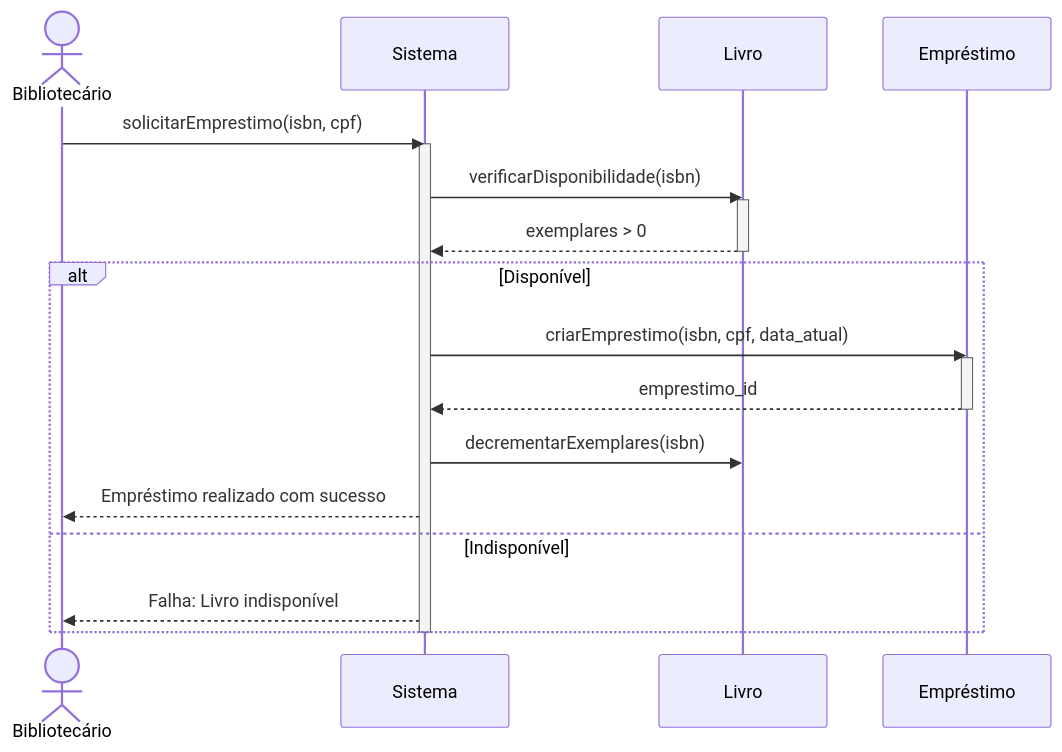
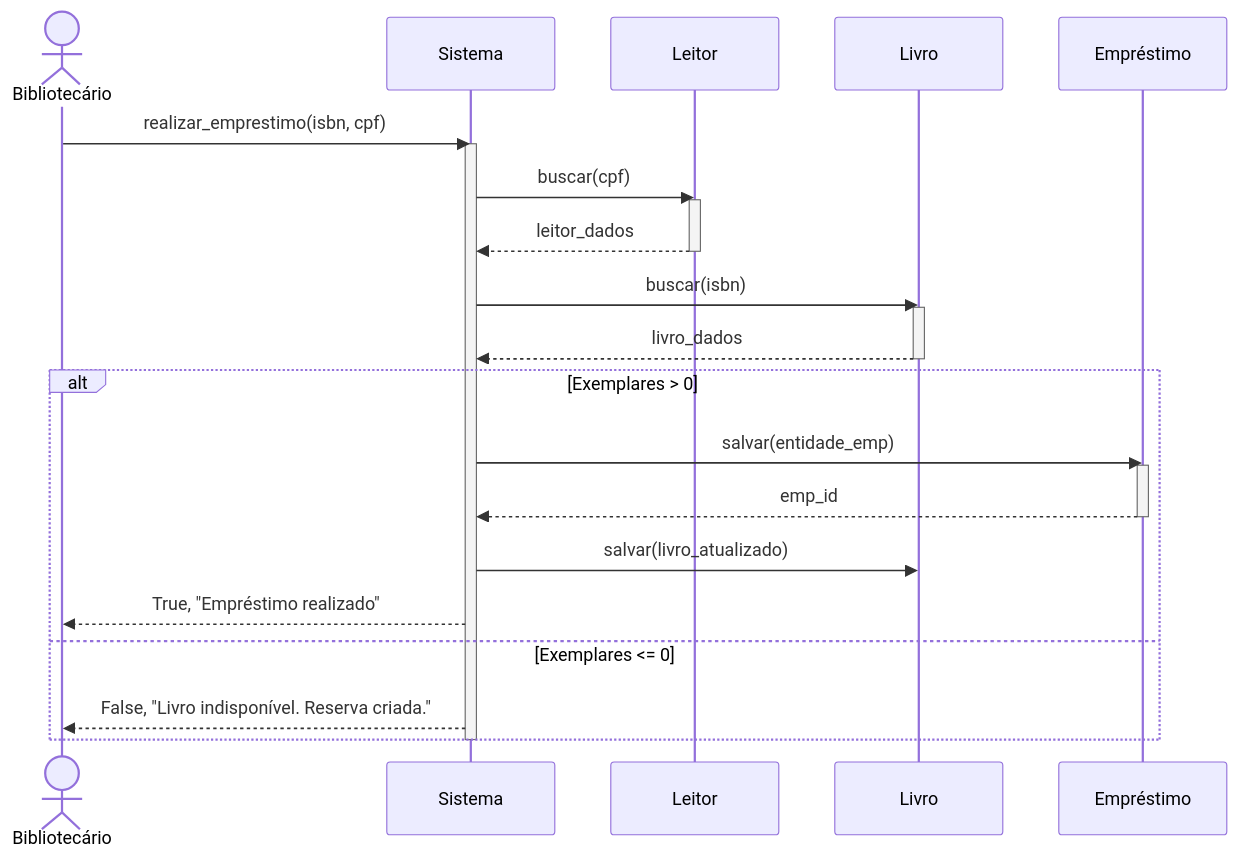
The second of 3 diagrams in modelagem-uml.md (lucasmzzz/es1-pratica-avaliada-2), drawn with Mermaid before and after one commit. The commit also changed other lines of this file, not shown here.

Commit message:
fix: limpa formatacao do analise-design e corrige cardinalidade do UML

````diff
--- a/modelagem-uml.md
+++ b/modelagem-uml.md
@@ -74,26 +74,33 @@
 ```mermaid
 sequenceDiagram
     actor B as Bibliotecário
     participant S as Sistema
-    participant L as Livro
+    participant L as Leitor
+    participant V as Livro
     participant E as Empréstimo
     
-    B->>S: solicitarEmprestimo(isbn, cpf)
+    B->>S: realizar_emprestimo(isbn, cpf)
     activate S
-    S->>L: verificarDisponibilidade(isbn)
+    
+    S->>L: buscar(cpf)
     activate L
-    L-->>S: exemplares > 0
+    L-->>S: leitor_dados
     deactivate L
     
-    alt Disponível
-        S->>E: criarEmprestimo(isbn, cpf, data_atual)
+    S->>V: buscar(isbn)
+    activate V
+    V-->>S: livro_dados
+    deactivate V
+    
+    alt Exemplares > 0
+        S->>E: salvar(entidade_emp)
         activate E
-        E-->>S: emprestimo_id
+        E-->>S: emp_id
         deactivate E
-        S->>L: decrementarExemplares(isbn)
-        S-->>B: Empréstimo realizado com sucesso
-    else Indisponível
-        S-->>B: Falha: Livro indisponível
+        S->>V: salvar(livro_atualizado)
+        S-->>B: True, "Empréstimo realizado"
+    else Exemplares <= 0
+        S-->>B: False, "Livro indisponível. Reserva criada."
     end
     deactivate S
 ```
````
